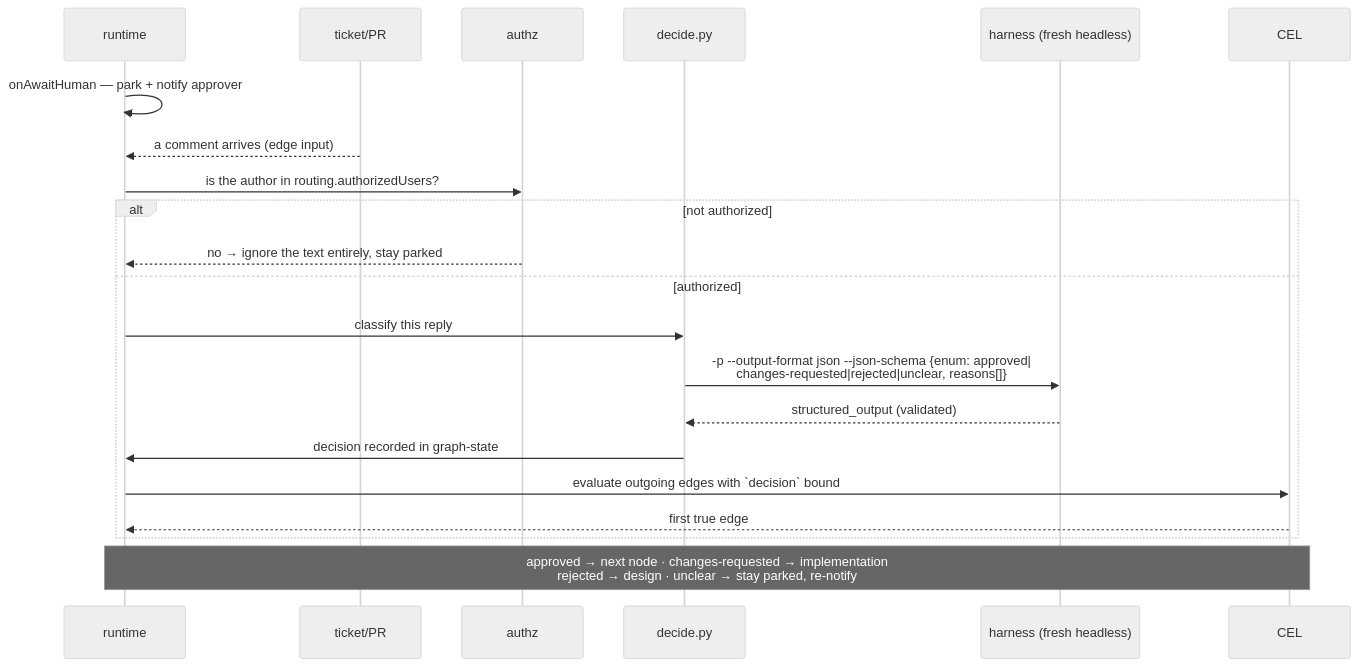
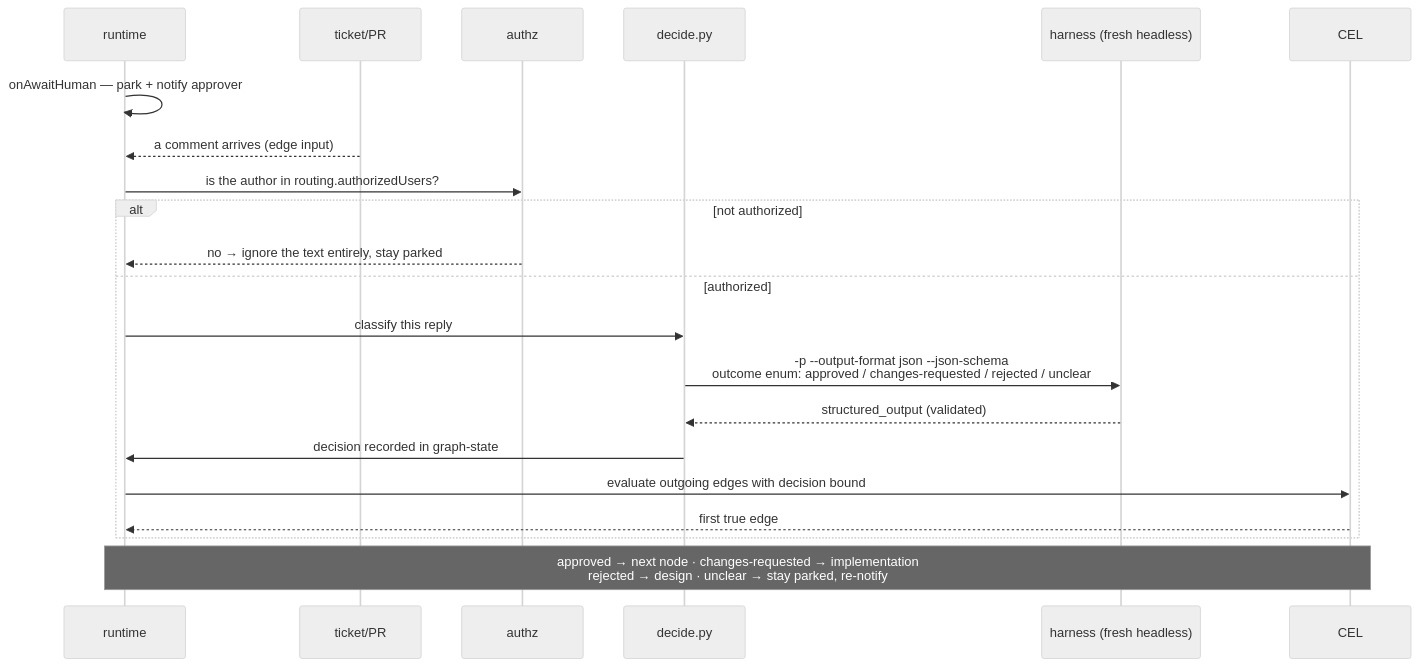
The second of 2 diagrams in docs/specs/issue-109/design.md (MadaraUchiha-314/the-loop), drawn with Mermaid (neutral theme) before and after one commit. The commit also changed other lines of this file and 2 other files, not shown here.

````diff
--- a/docs/specs/issue-109/design.md
+++ b/docs/specs/issue-109/design.md
@@ -91,24 +91,24 @@
 ```mermaid
 sequenceDiagram
     participant RT as runtime
     participant GH as ticket/PR
     participant AZ as authz
     participant D as decide.py
     participant H as harness (fresh headless)
     participant CEL as CEL
 
     RT->>RT: onAwaitHuman — park + notify approver
     GH-->>RT: a comment arrives (edge input)
     RT->>AZ: is the author in routing.authorizedUsers?
     alt not authorized
         AZ-->>RT: no → ignore the text entirely, stay parked
     else authorized
         RT->>D: classify this reply
-        D->>H: -p --output-format json --json-schema {enum: approved|<br/>changes-requested|rejected|unclear, reasons[]}
+        D->>H: -p --output-format json --json-schema<br/>outcome enum: approved / changes-requested / rejected / unclear
         H-->>D: structured_output (validated)
         D->>RT: decision recorded in graph-state
-        RT->>CEL: evaluate outgoing edges with `decision` bound
+        RT->>CEL: evaluate outgoing edges with decision bound
         CEL-->>RT: first true edge
     end
     Note over RT,CEL: approved → next node · changes-requested → implementation<br/>rejected → design · unclear → stay parked, re-notify
 ```
````
